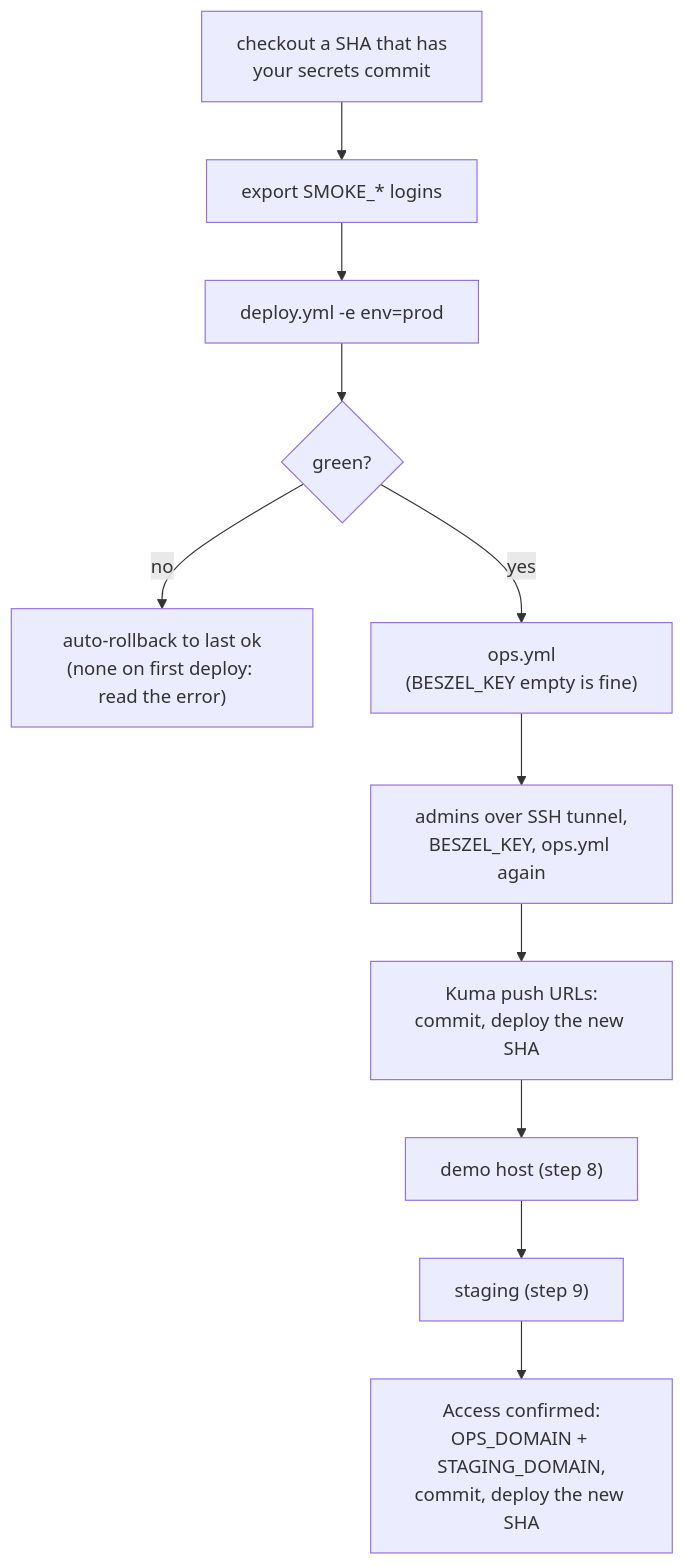
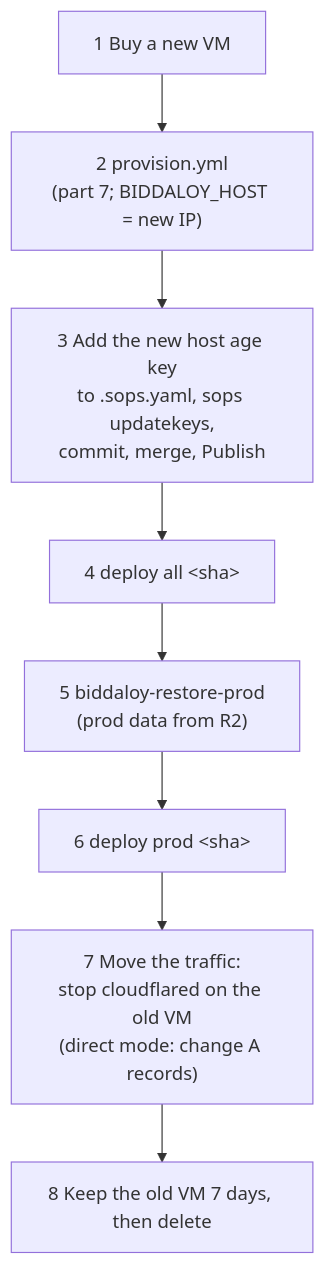
One commit to tareq89/biddaloy changed the seventh of 8 diagrams in docs/architecture/28-platform-runbook.md. Above: the diagram before and after it, drawn with Mermaid. The commit also changed other lines of this file and 1 other file, not shown here.

````diff
--- a/docs/architecture/28-platform-runbook.md
+++ b/docs/architecture/28-platform-runbook.md
@@ -247,13 +1285,10 @@
 ```mermaid
 flowchart TD
-  A["checkout a SHA that has<br/>your secrets commit"] --> B["export SMOKE_* logins"]
-  B --> C["deploy.yml -e env=prod"]
-  C --> D{"green?"}
-  D -- no --> E["auto-rollback to last ok<br/>(none on first deploy: read the error)"]
-  D -- yes --> F["ops.yml<br/>(BESZEL_KEY empty is fine)"]
-  F --> G["admins over SSH tunnel,<br/>BESZEL_KEY, ops.yml again"]
-  G --> K["Kuma push URLs:<br/>commit, deploy the new SHA"]
-  K --> H["demo host (step 8)"]
-  H --> ST["staging (step 9)"]
-  ST --> AC["Access confirmed:<br/>OPS_DOMAIN + STAGING_DOMAIN,<br/>commit, deploy the new SHA"]
+  A["1 Buy a new VM"] --> B["2 provision.yml<br/>(part 7; BIDDALOY_HOST = new IP)"]
+  B --> C["3 Add the new host age key<br/>to .sops.yaml, sops updatekeys,<br/>commit, merge, Publish"]
+  C --> D["4 deploy all &lt;sha&gt;"]
+  D --> E["5 biddaloy-restore-prod<br/>(prod data from R2)"]
+  E --> F["6 deploy prod &lt;sha&gt;"]
+  F --> G["7 Move the traffic:<br/>stop cloudflared on the old VM<br/>(direct mode: change A records)"]
+  G --> H["8 Keep the old VM 7 days, then delete"]
 ```
````
